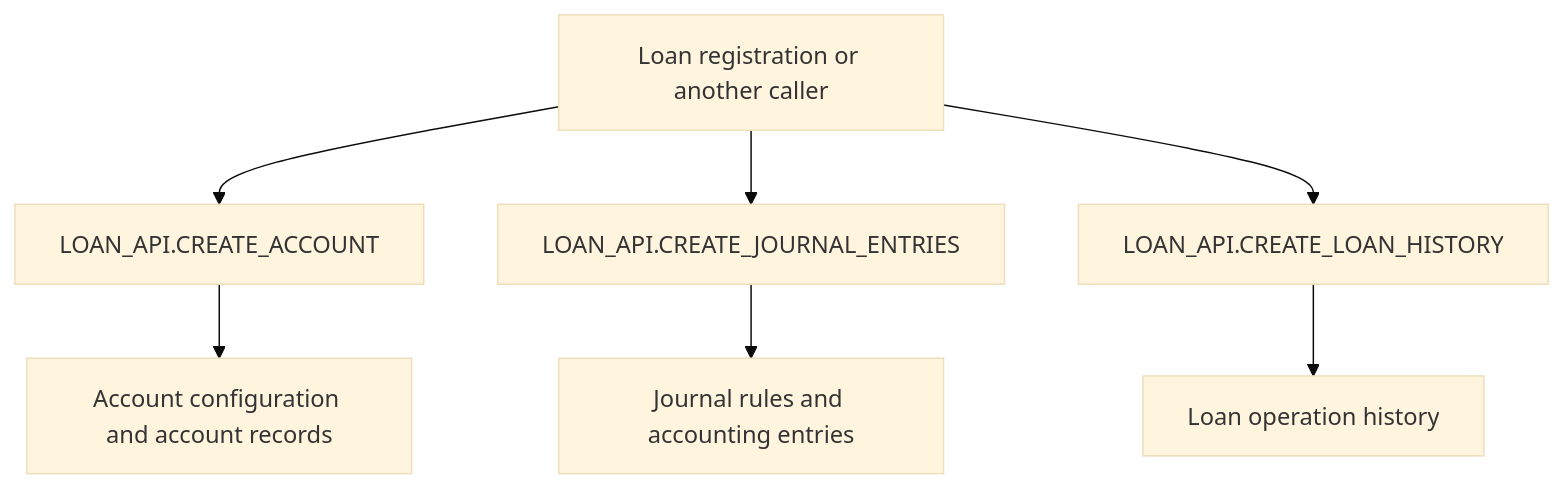
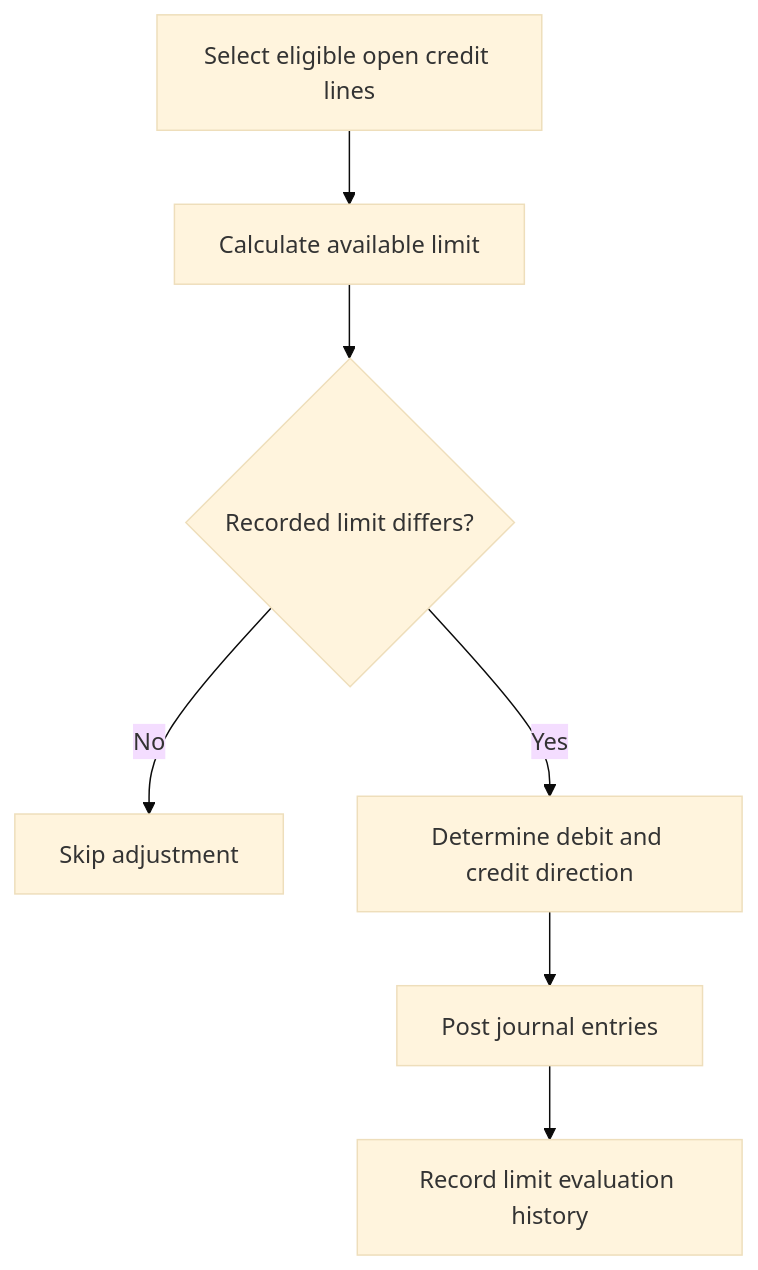
Before and after one commit to SadayCb/gni-documentation-poc7.0: the first of 3 diagrams in docs/workflows.md, drawn with Mermaid (base theme). The commit also changed other lines of this file, not shown here.

````diff
--- a/docs/workflows.md
+++ b/docs/workflows.md
@@ -7,9 +20,9 @@
 ```mermaid
 flowchart TD
-  A[Loan registration or another caller] --> B[LOAN_API.CREATE_ACCOUNT]
-  B --> C[Account configuration and account records]
-  A --> D[LOAN_API.CREATE_JOURNAL_ENTRIES]
-  D --> E[Journal rules and accounting entries]
-  A --> F[LOAN_API.CREATE_LOAN_HISTORY]
-  F --> G[Loan operation history]
+ A[Select eligible open credit lines] --> B[Calculate available limit]
+ B --> C{Recorded limit differs?}
+ C -->|No| D[Skip adjustment]
+ C -->|Yes| E[Determine debit and credit direction]
+ E --> F[Post journal entries]
+ F --> G[Record limit evaluation history]
 ```
````
